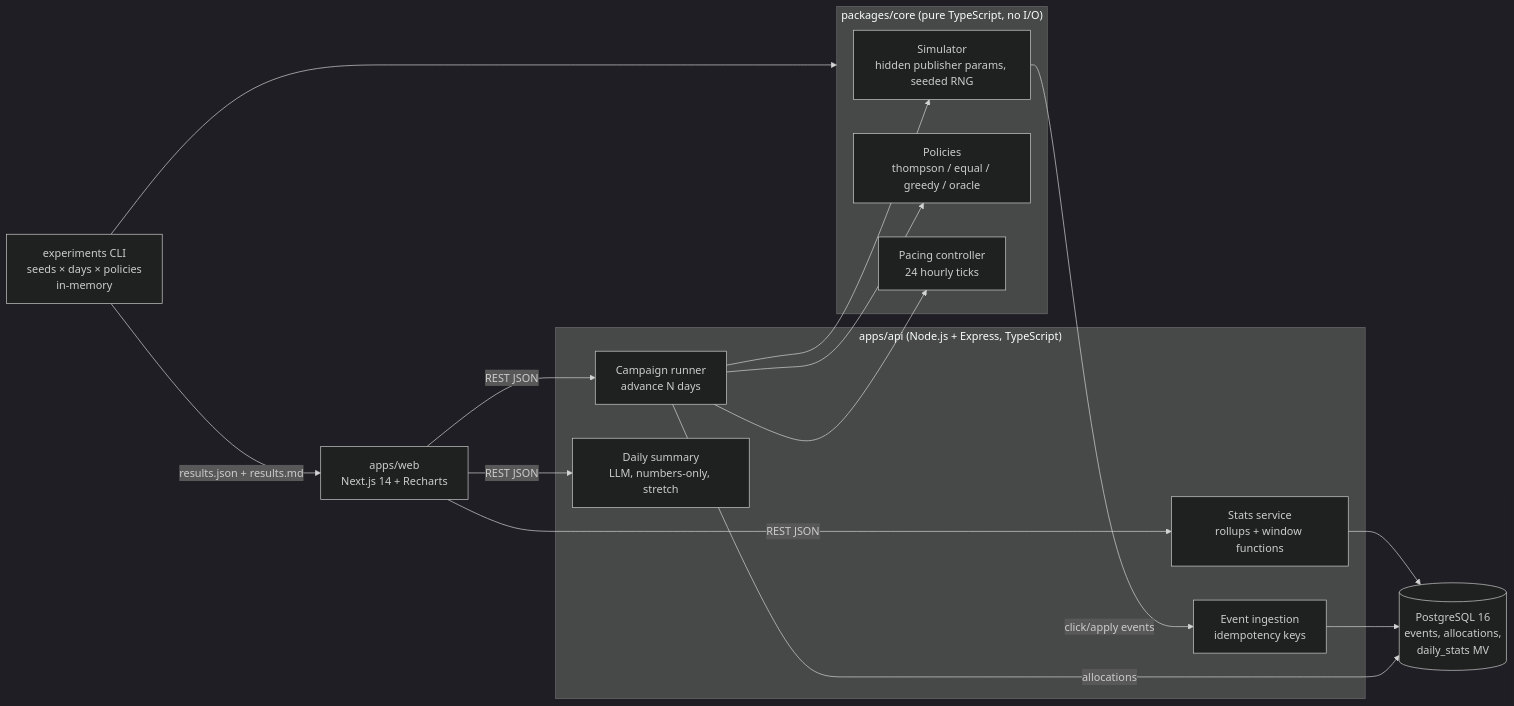
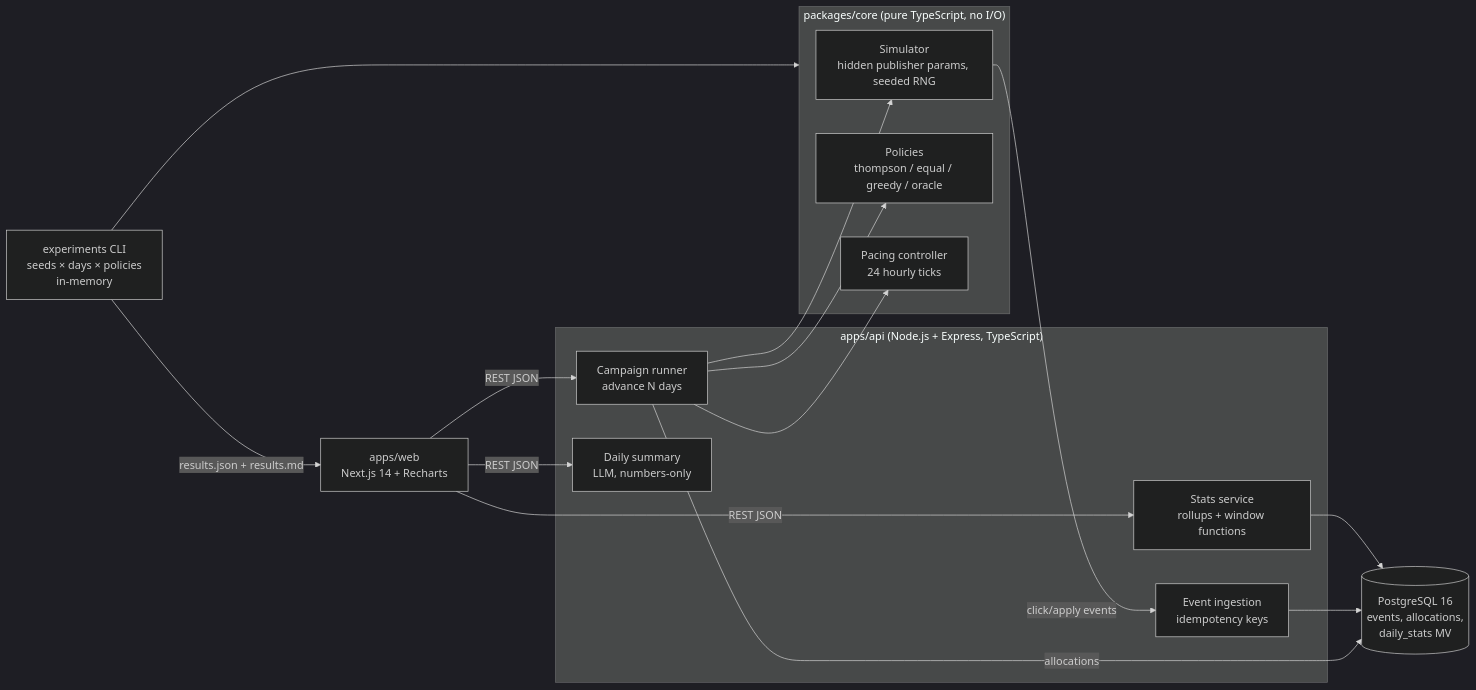
Before and after one commit to ishowguts/bidpilot: the diagram in README.md, drawn with Mermaid (dark theme). The commit also changed other lines of this file and 20 other files, not shown here.

````diff
--- a/README.md
+++ b/README.md
@@ -45,25 +46,25 @@
 ```mermaid
 flowchart LR
   subgraph CORE["packages/core (pure TypeScript, no I/O)"]
     ENV[Simulator<br/>hidden publisher params, seeded RNG]
     POL[Policies<br/>thompson / equal / greedy / oracle]
     PACE[Pacing controller<br/>24 hourly ticks]
   end
   subgraph API["apps/api (Node.js + Express, TypeScript)"]
     CAMP[Campaign runner<br/>advance N days]
     EVT[Event ingestion<br/>idempotency keys]
     STATS[Stats service<br/>rollups + window functions]
-    SUM[Daily summary<br/>LLM, numbers-only, stretch]
+    SUM[Daily summary<br/>LLM, numbers-only]
   end
   DB[(PostgreSQL 16<br/>events, allocations,<br/>daily_stats MV)]
   EXP[experiments CLI<br/>seeds × days × policies<br/>in-memory]
   WEB[apps/web<br/>Next.js 14 + Recharts]
 
   CAMP --> POL & PACE & ENV
   CAMP -->|allocations| DB
   ENV -->|click/apply events| EVT --> DB
   STATS --> DB
   WEB -->|REST JSON| CAMP & STATS & SUM
   EXP --> CORE
   EXP -->|results.json + results.md| WEB
 ```
````
